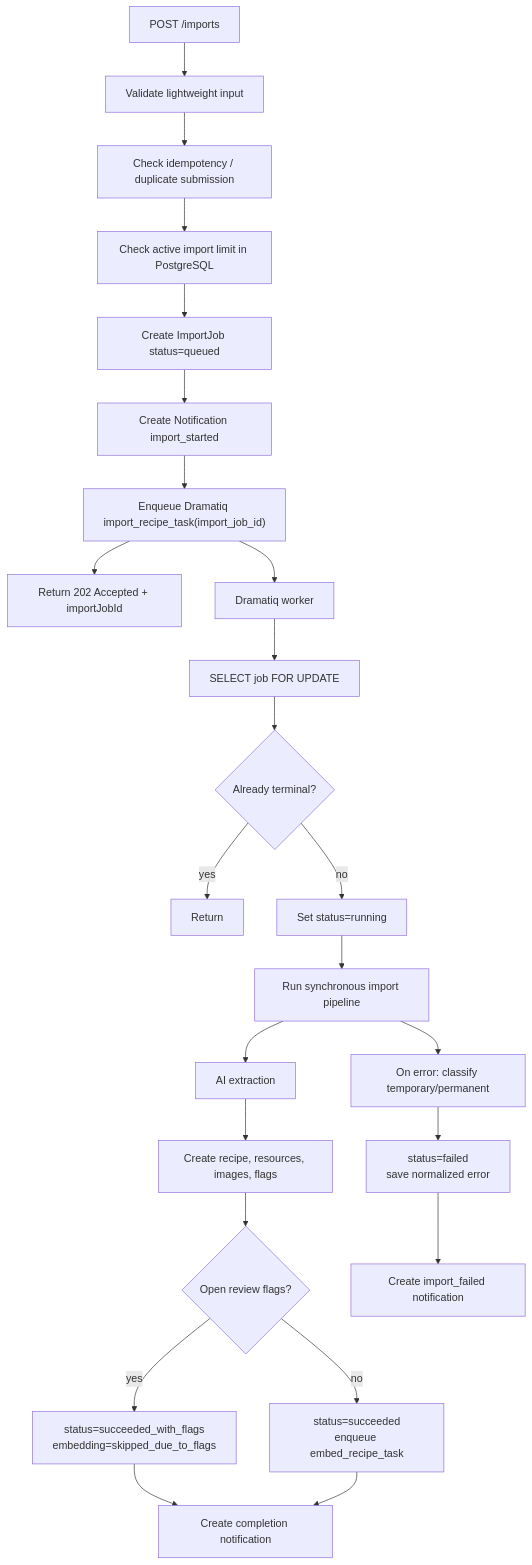
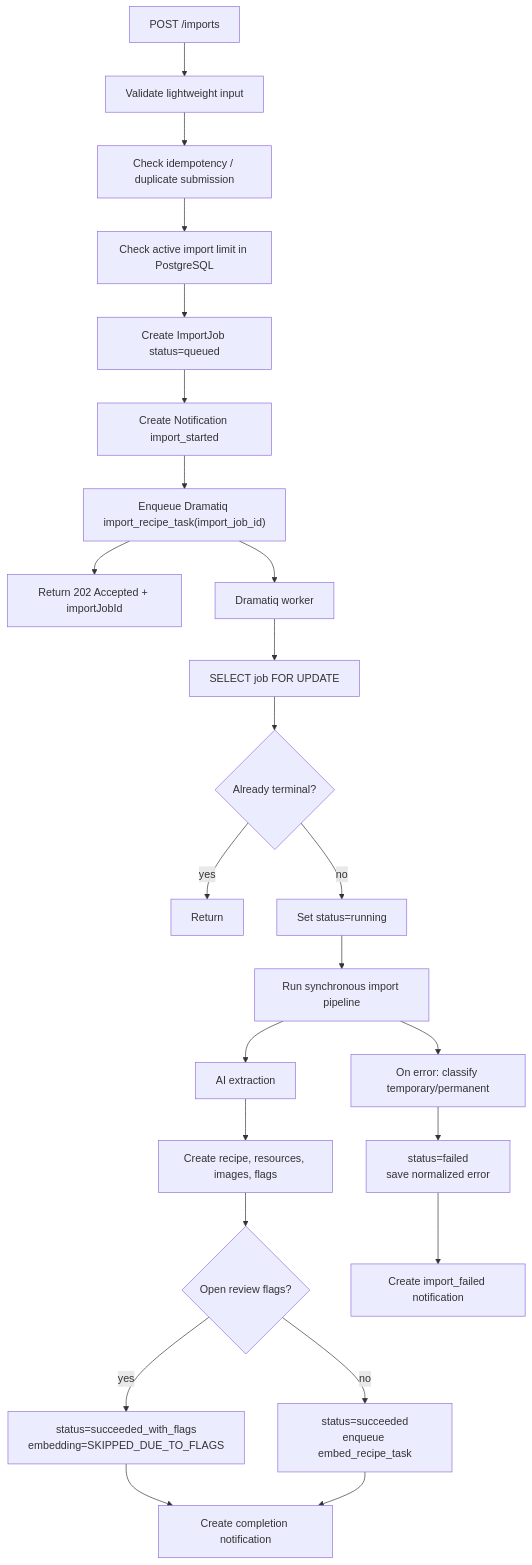
Before and after one commit to starkovalera/recipe-manager: the second of 11 diagrams in docs/background-processing-plan.md, drawn with Mermaid. The commit also changed other lines of this file and 17 other files, not shown here.

````diff
--- a/docs/background-processing-plan.md
+++ b/docs/background-processing-plan.md
@@ -76,28 +76,28 @@
 ```mermaid
 flowchart TD
   start["POST /imports"] --> validate["Validate lightweight input"]
   validate --> dedupe["Check idempotency / duplicate submission"]
   dedupe --> limit["Check active import limit in PostgreSQL"]
   limit --> job["Create ImportJob status=queued"]
   job --> notifyStart["Create Notification import_started"]
   notifyStart --> enqueue["Enqueue Dramatiq import_recipe_task(import_job_id)"]
   enqueue --> response["Return 202 Accepted + importJobId"]
 
   enqueue --> worker["Dramatiq worker"]
   worker --> claim["SELECT job FOR UPDATE"]
   claim --> terminal{"Already terminal?"}
   terminal -->|"yes"| stop["Return"]
   terminal -->|"no"| running["Set status=running"]
   running --> pipeline["Run synchronous import pipeline"]
   pipeline --> ai["AI extraction"]
   ai --> writeRecipe["Create recipe, resources, images, flags"]
   writeRecipe --> flags{"Open review flags?"}
-  flags -->|"yes"| flagged["status=succeeded_with_flags<br/>embedding=skipped_due_to_flags"]
+  flags -->|"yes"| flagged["status=succeeded_with_flags<br/>embedding=SKIPPED_DUE_TO_FLAGS"]
   flags -->|"no"| success["status=succeeded<br/>enqueue embed_recipe_task"]
   flagged --> notifyDone["Create completion notification"]
   success --> notifyDone
 
   pipeline --> error["On error: classify temporary/permanent"]
   error --> failed["status=failed<br/>save normalized error"]
   failed --> notifyFail["Create import_failed notification"]
 ```
````
